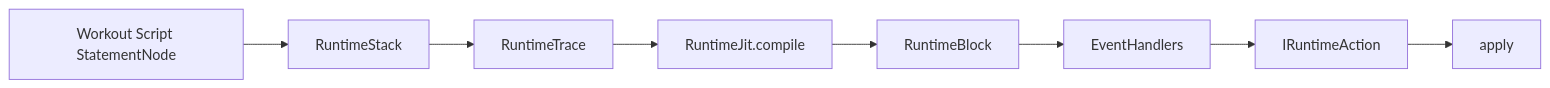
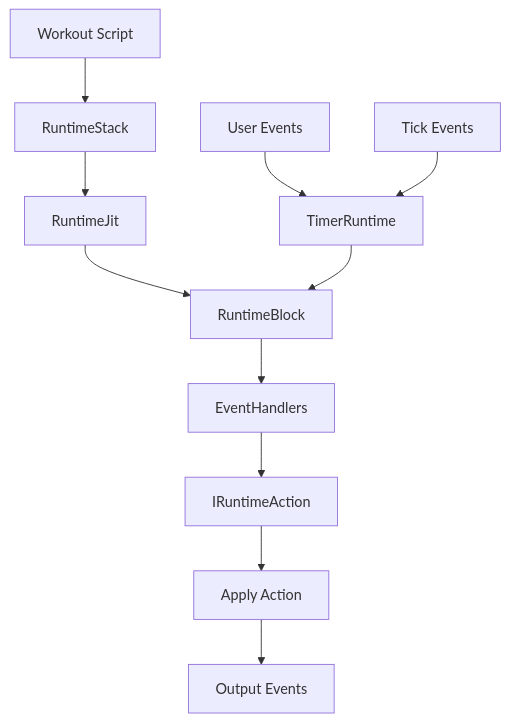
The second of 3 diagrams in docs/Notes/RuntimeFlow.md (SergeiGolos/wod-wiki), drawn with Mermaid before and after one commit. The commit also changed other lines of this file and 32 other files, not shown here.

Commit message:
trace/stack walker

````diff
--- a/docs/Notes/RuntimeFlow.md
+++ b/docs/Notes/RuntimeFlow.md
@@ -20,10 +49,13 @@
 ```mermaid
-flowchart LR
-  A[Workout Script StatementNode] --> B[RuntimeStack]
-  B --> C[RuntimeTrace]
-  C --> D[RuntimeJit.compile]
-  D --> E[RuntimeBlock]
-  E --> F[EventHandlers]
-  F --> G[IRuntimeAction]
-  G --> H[apply]
-```  
+flowchart TD
+  A[Workout Script] --> B[RuntimeStack]
+  B --> C[RuntimeJit]
+  C --> D[RuntimeBlock]
+  F[User Events] --> G[TimerRuntime]
+  H[Tick Events] --> G
+  G --> D
+  D --> I[EventHandlers]
+  I --> J[IRuntimeAction]
+  J --> K[Apply Action]
+  K --> L[Output Events]
+```
````
